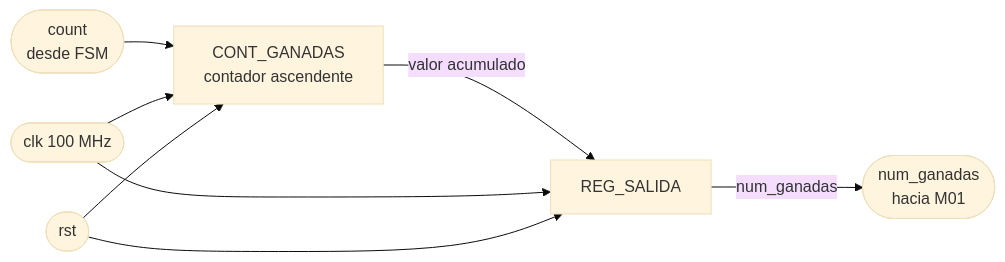
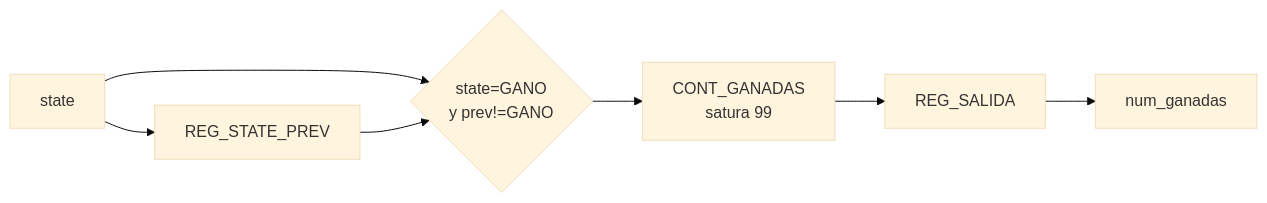
Before and after one commit to Taller-de-diseno-digital-GR01/Proyecto-2-Ahorcado: the diagram in docs/diseño/modulos/M06_Ganadas.md, drawn with Mermaid (base theme). The commit also changed other lines of this file and 11 other files, not shown here.

````diff
--- a/docs/diseño/modulos/M06_Ganadas.md
+++ b/docs/diseño/modulos/M06_Ganadas.md
@@ -98,15 +7,9 @@
 ```mermaid
 flowchart LR
-
-    COUNT(["count<br/>desde FSM"]) --> CNT["CONT_GANADAS<br/>contador ascendente"]
-
-    CLK(["clk 100 MHz"]) --> CNT
-    RST(["rst"]) --> CNT
-
-    CNT -->|"valor acumulado"| REG["REG_SALIDA"]
-
-    CLK --> REG
-    RST --> REG
-
-    REG -->|"num_ganadas"| OUT(["num_ganadas<br/>hacia M01"])
+        ST["state"] --> PREV["REG_STATE_PREV"]
+        ST --> CMP{"state=GANO<br/>y prev!=GANO"}
+        PREV --> CMP
+        CMP --> CNT["CONT_GANADAS<br/>satura 99"]
+        CNT --> OUTREG["REG_SALIDA"]
+        OUTREG --> OUT["num_ganadas"]
 ```
````
